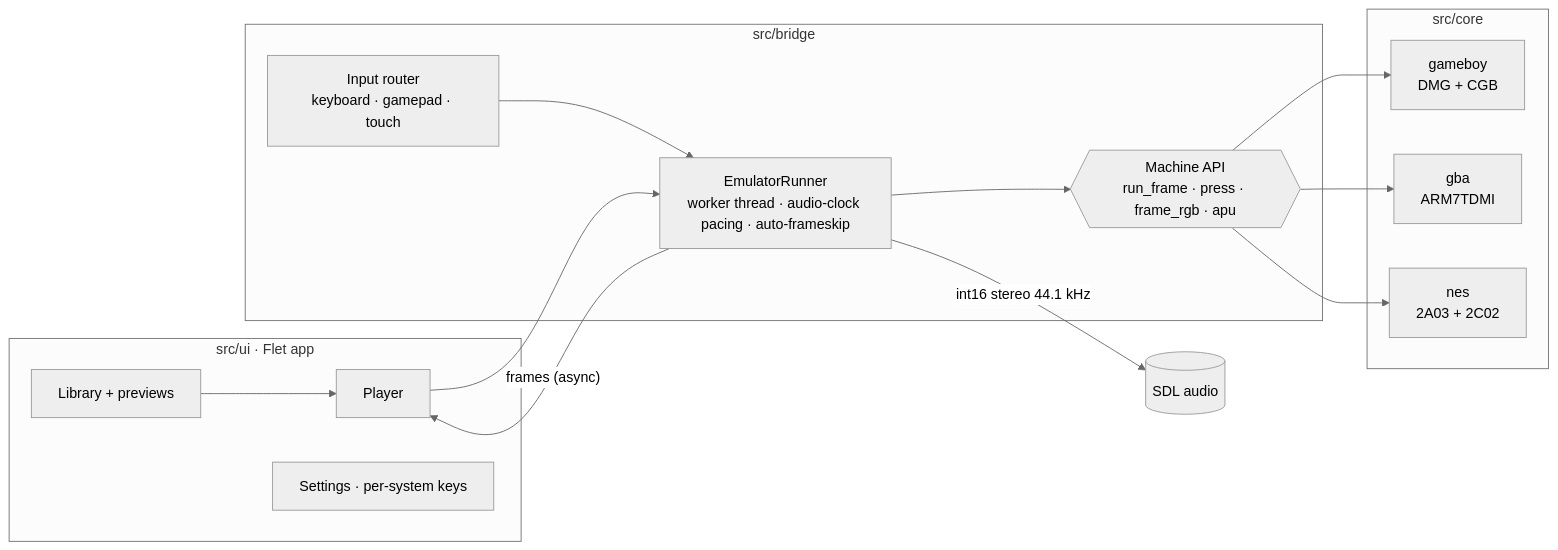
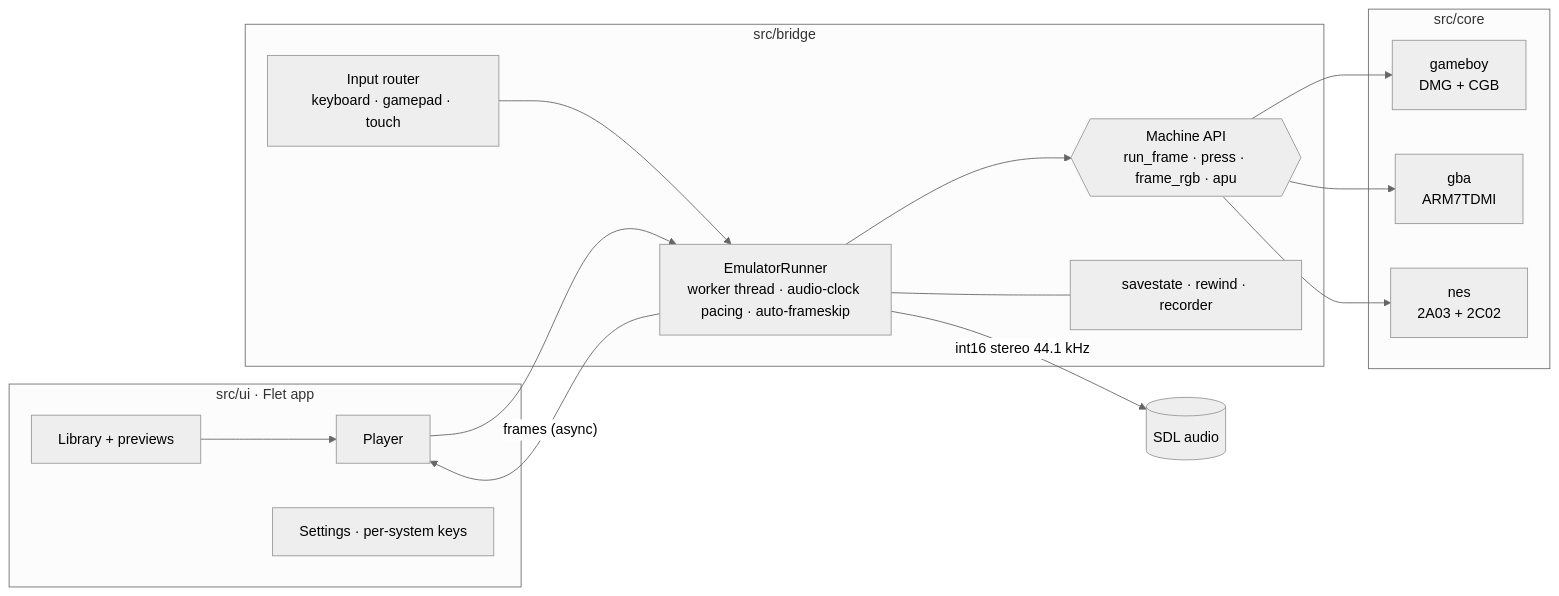
Before and after one commit to abhishekbiswas772/GBA_Python: the third of 3 diagrams in README.md, drawn with Mermaid (neutral theme). The commit also changed other lines of this file and 32 other files, not shown here.

````diff
--- a/README.md
+++ b/README.md
@@ -211,22 +364,24 @@
 ```mermaid
 flowchart LR
     subgraph UI["src/ui · Flet app"]
         L[Library + previews] --> P[Player]
         S[Settings · per-system keys]
     end
     subgraph Bridge["src/bridge"]
         R["EmulatorRunner<br/>worker thread · audio-clock pacing · auto-frameskip"]
         M{{"Machine API<br/>run_frame · press · frame_rgb · apu"}}
         I["Input router<br/>keyboard · gamepad · touch"]
+        SS["savestate · rewind · recorder"]
     end
     subgraph Cores["src/core"]
         GB[gameboy<br/>DMG + CGB]
         GBA[gba<br/>ARM7TDMI]
         NES[nes<br/>2A03 + 2C02]
     end
     P --> R --> M
     I --> R
+    R --- SS
     M --> GB & GBA & NES
     R -- "frames (async)" --> P
     R -- "int16 stereo 44.1 kHz" --> A[(SDL audio)]
 ```
````
